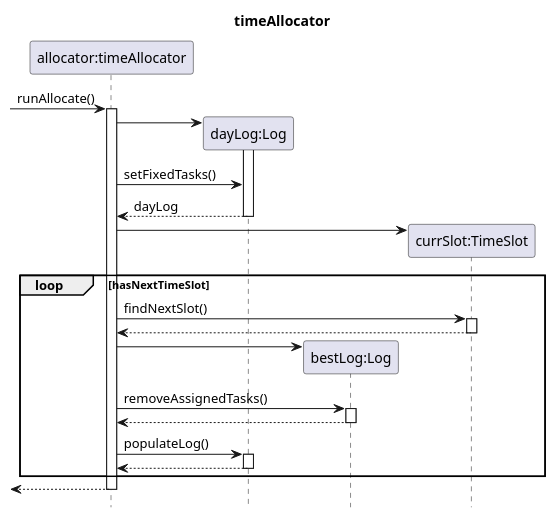
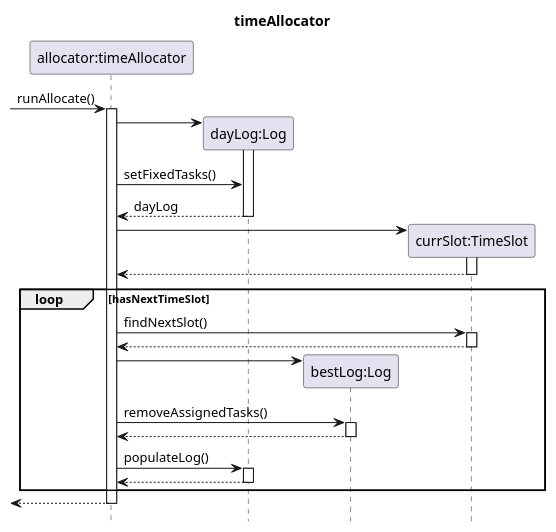
One commit to wish2023/tp changed the diagram in docs/sequenceDiagrams/TimeAllocator.puml. Above: the diagram before and after it, drawn with PlantUML. The commit also changed 7 other files, not shown here.

```diff
--- a/docs/sequenceDiagrams/TimeAllocator.puml
+++ b/docs/sequenceDiagrams/TimeAllocator.puml
@@ -1,30 +1,32 @@
 @startuml
 title timeAllocator
 hide footbox
 
 participant "allocator:timeAllocator" as timeAllocator
 participant "dayLog:Log" as log
 participant "bestLog:Log" as Log
 participant "currSlot:TimeSlot" as TimeSlot
 
 ->timeAllocator++: runAllocate()
 timeAllocator->log**
 activate log
 timeAllocator->log:setFixedTasks()
 return dayLog
 timeAllocator->TimeSlot**
+activate TimeSlot
+return
 loop hasNextTimeSlot
 timeAllocator->TimeSlot++:findNextSlot()
 return
 timeAllocator->Log**:
 
 timeAllocator->Log++:removeAssignedTasks()
 return
 
 timeAllocator->log++:populateLog()
 return
 
 end
 
 <--timeAllocator--
 @enduml
```
